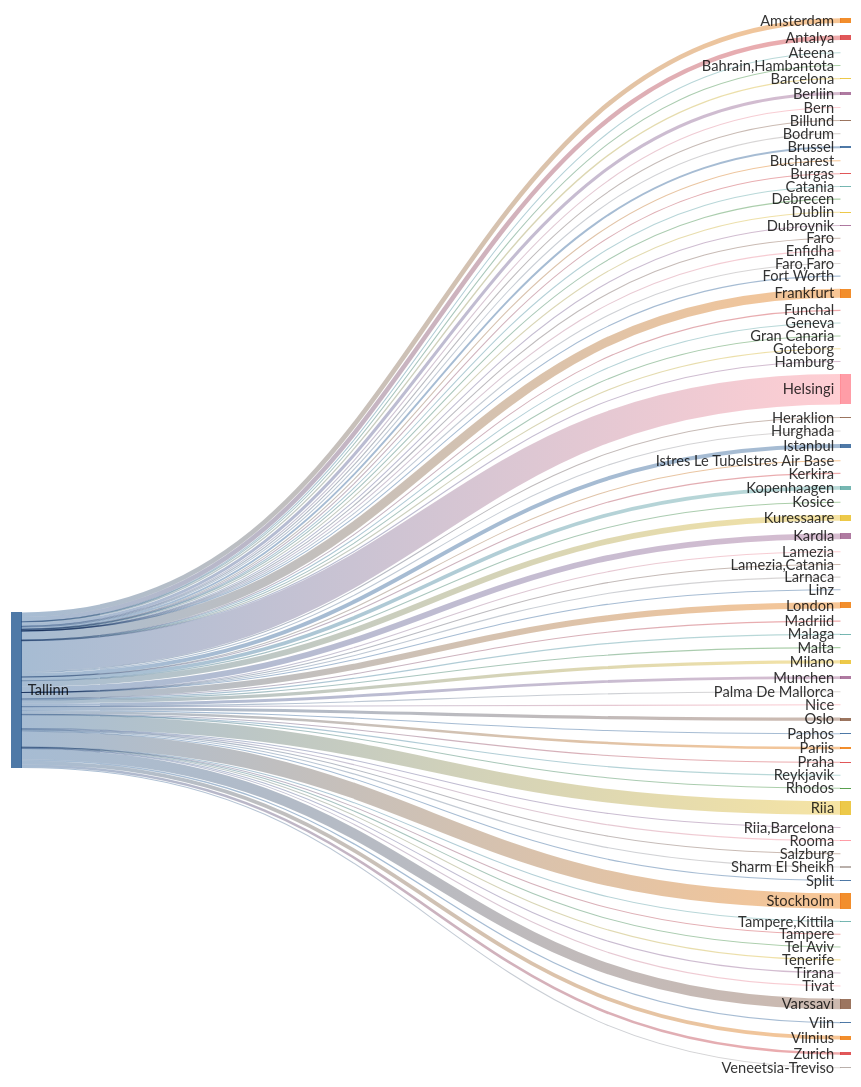
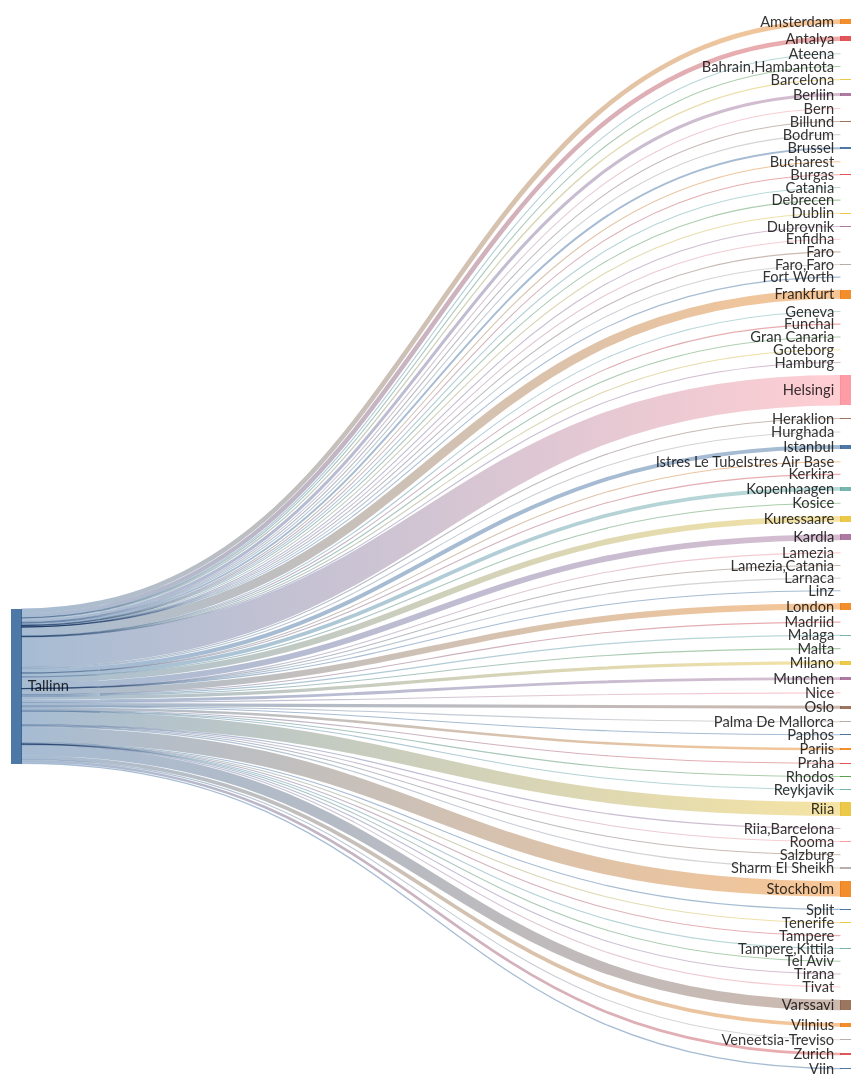
One commit to rainermesi/tll-airport-departures changed the second of 2 diagrams in README.md. Above: the diagram before and after it, drawn with Mermaid. The commit also changed other lines of this file and 1 other file, not shown here.

````diff
--- a/README.md
+++ b/README.md
@@ -41,8 +41,8 @@
 ---
 sankey-beta
 %% source,target,value
-Tallinn,Amsterdam,377
-Tallinn,Antalya,363
+Tallinn,Amsterdam,379
+Tallinn,Antalya,365
 Tallinn,Ateena,16
 Tallinn,"Bahrain,Hambantota",1
 Tallinn,Barcelona,105
@@ -55,64 +55,64 @@
 Tallinn,Burgas,36
 Tallinn,Catania,2
 Tallinn,Debrecen,1
-Tallinn,Dublin,79
+Tallinn,Dublin,80
 Tallinn,Dubrovnik,21
 Tallinn,Enfidha,7
 Tallinn,Faro,4
 Tallinn,"Faro,Faro",1
 Tallinn,Fort Worth,1
-Tallinn,Frankfurt,725
+Tallinn,Frankfurt,728
 Tallinn,Funchal,5
 Tallinn,Geneva,13
 Tallinn,Gran Canaria,38
 Tallinn,Goteborg,1
 Tallinn,Hamburg,2
-Tallinn,Helsingi,2451
+Tallinn,Helsingi,2461
 Tallinn,Heraklion,70
 Tallinn,Hurghada,75
-Tallinn,Istanbul,325
+Tallinn,Istanbul,326
 Tallinn,Istres Le TubeIstres Air Base,2
 Tallinn,Kerkira,4
-Tallinn,Kopenhaagen,302
+Tallinn,Kopenhaagen,304
 Tallinn,Kosice,1
-Tallinn,Kuressaare,471
-Tallinn,Kardla,471
+Tallinn,Kuressaare,473
+Tallinn,Kardla,473
 Tallinn,Lamezia,1
 Tallinn,"Lamezia,Catania",3
 Tallinn,Larnaca,4
 Tallinn,Linz,2
-Tallinn,London,494
+Tallinn,London,496
 Tallinn,Madriid,1
-Tallinn,Malaga,96
+Tallinn,Malaga,97
 Tallinn,Malta,21
 Tallinn,Milano,257
-Tallinn,Munchen,233
+Tallinn,Munchen,234
 Tallinn,Nice,37
-Tallinn,Oslo,254
+Tallinn,Oslo,255
 Tallinn,Palma De Mallorca,25
 Tallinn,Paphos,66
-Tallinn,Pariis,204
+Tallinn,Pariis,205
 Tallinn,Praha,64
 Tallinn,Reykjavik,5
 Tallinn,Rhodos,44
-Tallinn,Riia,1103
+Tallinn,Riia,1108
 Tallinn,"Riia,Barcelona",1
 Tallinn,Rooma,80
 Tallinn,Salzburg,14
 Tallinn,Sharm El Sheikh,96
 Tallinn,Split,37
-Tallinn,Stockholm,1241
+Tallinn,Stockholm,1245
 Tallinn,Tampere,17
 Tallinn,"Tampere,Kittila",21
 Tallinn,Tel Aviv,1
 Tallinn,Tenerife,58
 Tallinn,Tirana,17
-Tallinn,Tivat,43
-Tallinn,Varssavi,847
+Tallinn,Tivat,44
+Tallinn,Varssavi,850
 Tallinn,Veneetsia-Treviso,67
 Tallinn,Viin,106
-Tallinn,Vilnius,303
-Tallinn,Zurich,210
+Tallinn,Vilnius,305
+Tallinn,Zurich,211
 
 
 ```
````
